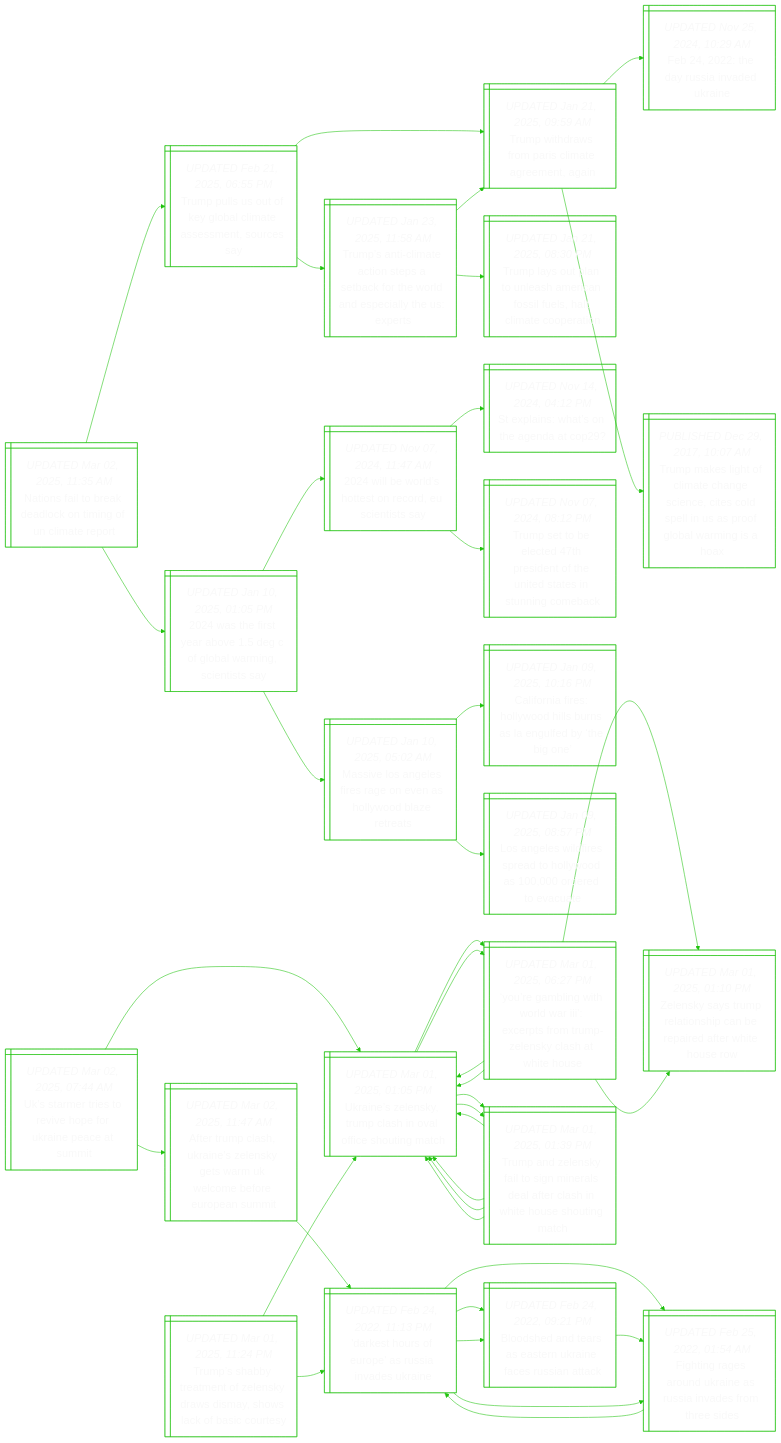
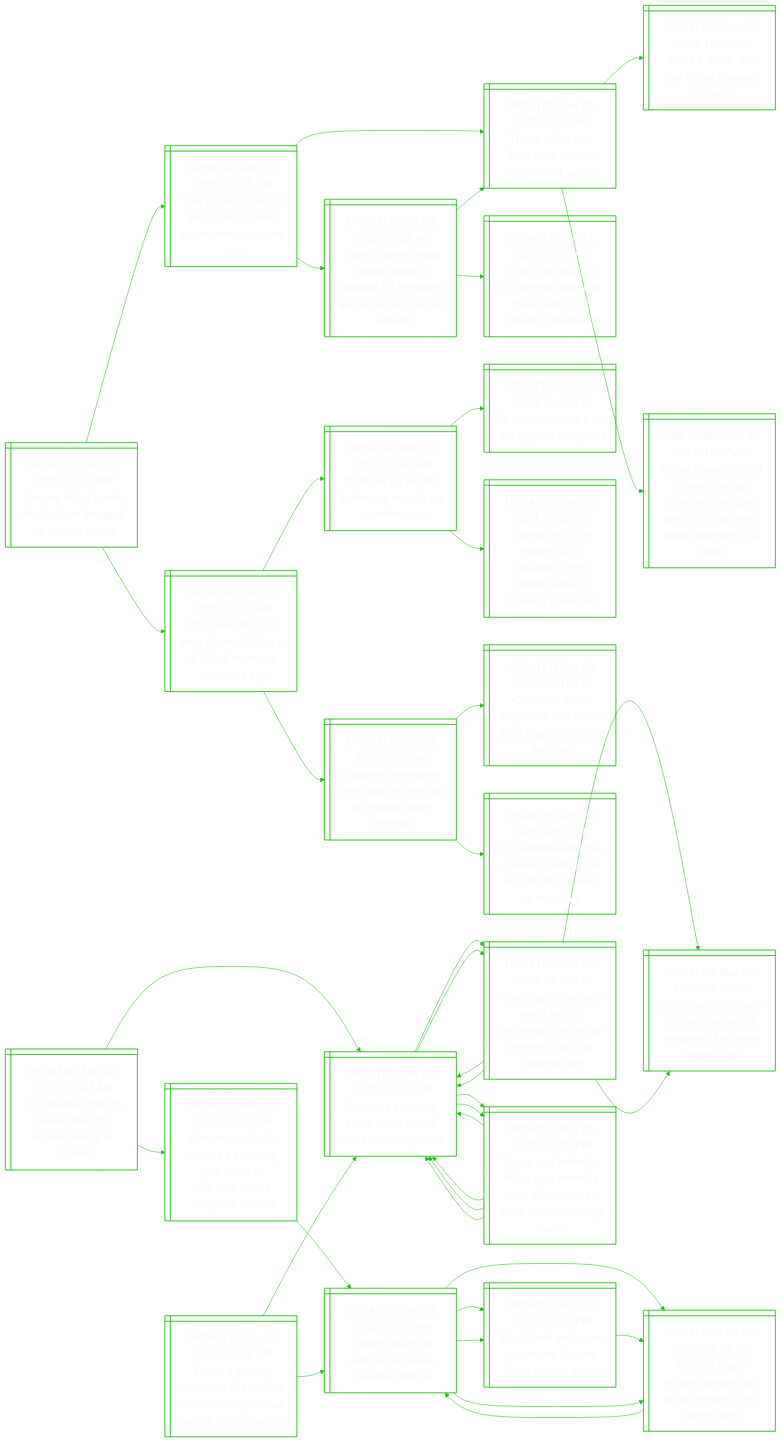
The diagram in README.md (notJmes/notJmes), drawn with Mermaid before and after one commit. The commit also changed other lines of this file, not shown here.

```diff
--- a/README.md
+++ b/README.md
@@ -16,7 +16,7 @@
 flowchart LR
 classDef txtsize font-size:20px;
 
-Nnleakmfirt@{ shape: win-pane, label: "_UPDATED Mar 02, 2025, 11:35 AM_
+Nnleakmfirt@{ shape: win-pane, label: "_UPDATED Mar 02, 2025, 03:37 PM_
 Nations fail to break deadlock on timing of un climate report" }
 TpUoglaseus@{ shape: win-pane, label: "_UPDATED Feb 21, 2025, 06:55 PM_
 Trump pulls us out of key global climate assessment, sources say" }
@@ -64,7 +64,7 @@
 
 UattipUncu@{ shape: win-pane, label: "_UPDATED Mar 02, 2025, 07:44 AM_
 Uk’s starmer tries to revive hope for ukraine peace at summit" }
-ATcUnlywKofuam@{ shape: win-pane, label: "_UPDATED Mar 02, 2025, 11:47 AM_
+ATcUnlywKofuam@{ shape: win-pane, label: "_UPDATED Mar 02, 2025, 03:40 PM_
 After trump clash, ukraine’s zelensky gets warm uk welcome before european summit" }
 DsruasvUn@{ shape: win-pane, label: "_UPDATED Feb 24, 2022, 11:13 PM_
 'darkest hours of europe' as russia invades ukraine" }
```
